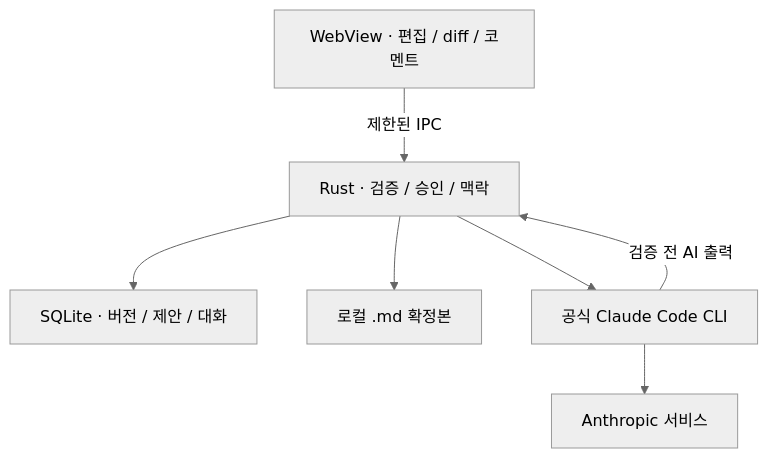
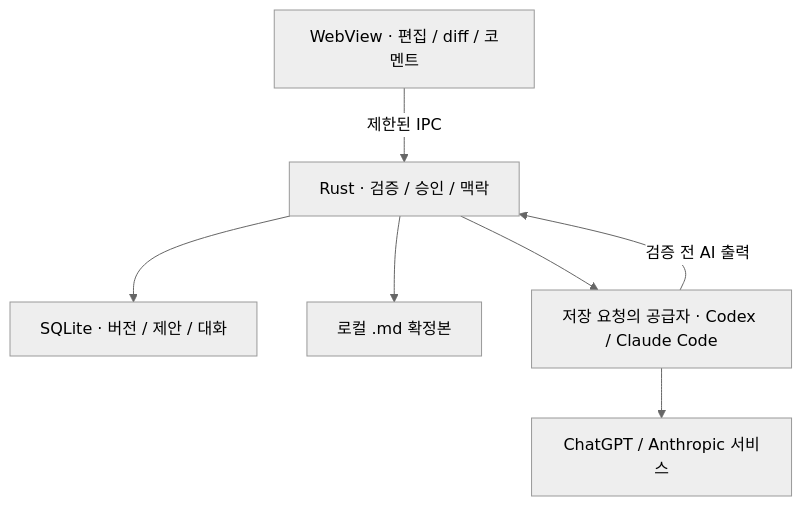
One commit to soob-forest/diffraft changed the diagram in docs/development/architecture.md. Above: the diagram before and after it, drawn with Mermaid (neutral theme). The commit also changed other lines of this file and 139 other files, not shown here.

First line of the commit message:
feat(desktop): support Codex with existing ChatGPT accounts

````diff
--- a/docs/development/architecture.md
+++ b/docs/development/architecture.md
@@ -32,9 +32,9 @@
 ```mermaid
 flowchart TD
   UI["WebView · 편집 / diff / 코멘트"] -->|"제한된 IPC"| Core["Rust · 검증 / 승인 / 맥락"]
   Core --> Store["SQLite · 버전 / 제안 / 대화"]
   Core --> File["로컬 .md 확정본"]
-  Core --> CLI["공식 Claude Code CLI"]
-  CLI --> Remote["Anthropic 서비스"]
+  Core --> CLI["저장 요청의 공급자 · Codex / Claude Code"]
+  CLI --> Remote["ChatGPT / Anthropic 서비스"]
   CLI -->|"검증 전 AI 출력"| Core
 ```
````
